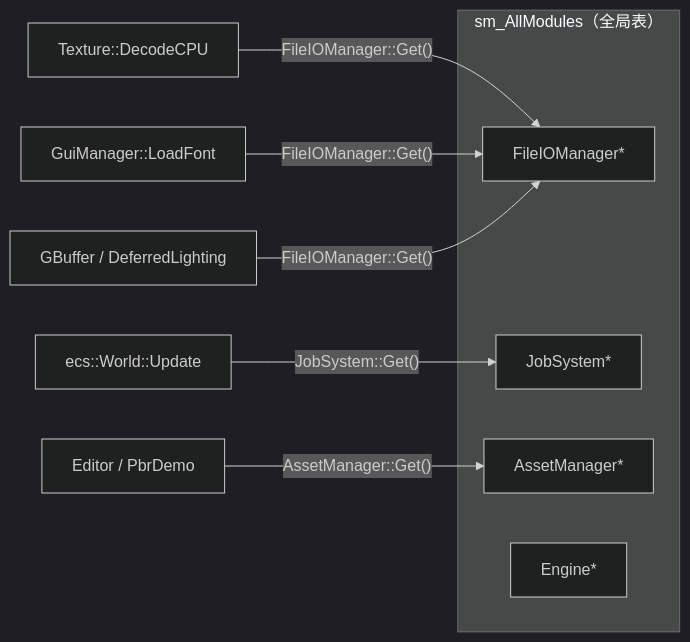
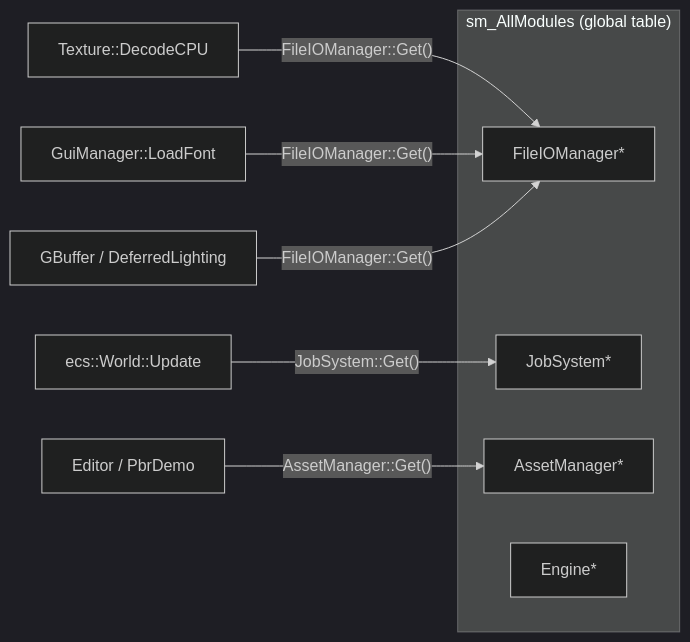
One commit to L-Sun/HitagiEngine changed the first of 4 diagrams in docs/architecture/dependency_injection.md. Above: the diagram before and after it, drawn with Mermaid (dark theme). The commit also changed other lines of this file and 7 other files, not shown here.

````diff
--- a/docs/architecture/dependency_injection.md
+++ b/docs/architecture/dependency_injection.md
@@ -30,15 +30,15 @@
 ```mermaid
 flowchart LR
-  subgraph Registry["sm_AllModules（全局表）"]
+  subgraph Registry["sm_AllModules (global table)"]
     FIO["FileIOManager*"]
     JS["JobSystem*"]
     AM["AssetManager*"]
     ENG["Engine*"]
   end
 
   Texture["Texture::DecodeCPU"] -->|"FileIOManager::Get()"| FIO
   World["ecs::World::Update"] -->|"JobSystem::Get()"| JS
   Editor["Editor / PbrDemo"] -->|"AssetManager::Get()"| AM
   Gui["GuiManager::LoadFont"] -->|"FileIOManager::Get()"| FIO
   Pass["GBuffer / DeferredLighting"] -->|"FileIOManager::Get()"| FIO
 ```
````
